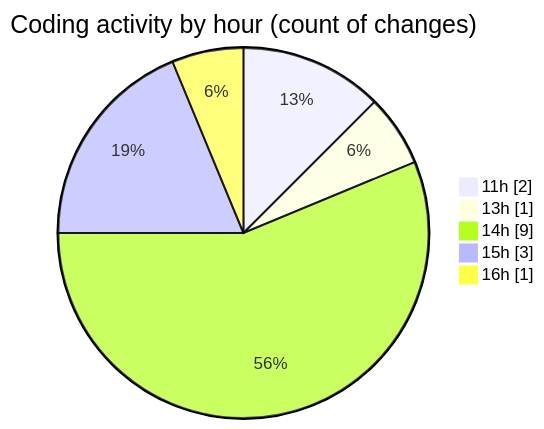
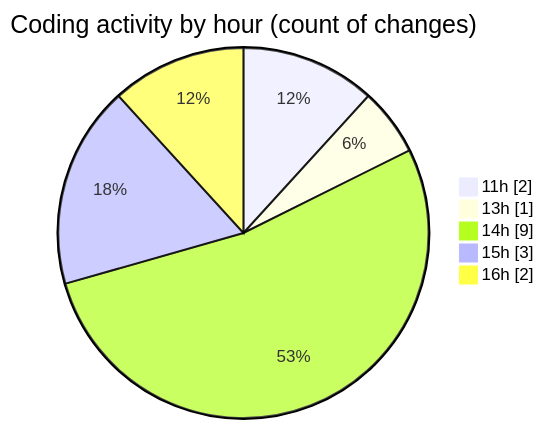
The second of 2 diagrams in 2026-06-18/nxtqube_webapp/README.md (nxtqubesakshisongat/code-tracking), drawn with Mermaid before and after one commit. The commit also changed other lines of this file and 1 other file, not shown here.

````diff
--- a/2026-06-18/nxtqube_webapp/README.md
+++ b/2026-06-18/nxtqube_webapp/README.md
@@ -28,9 +28,9 @@
 ```mermaid
 pie showData
 title Coding activity by hour (count of changes)
 "11h" : 2
 "13h" : 1
 "14h" : 9
 "15h" : 3
-"16h" : 1
+"16h" : 2
 ```
````
